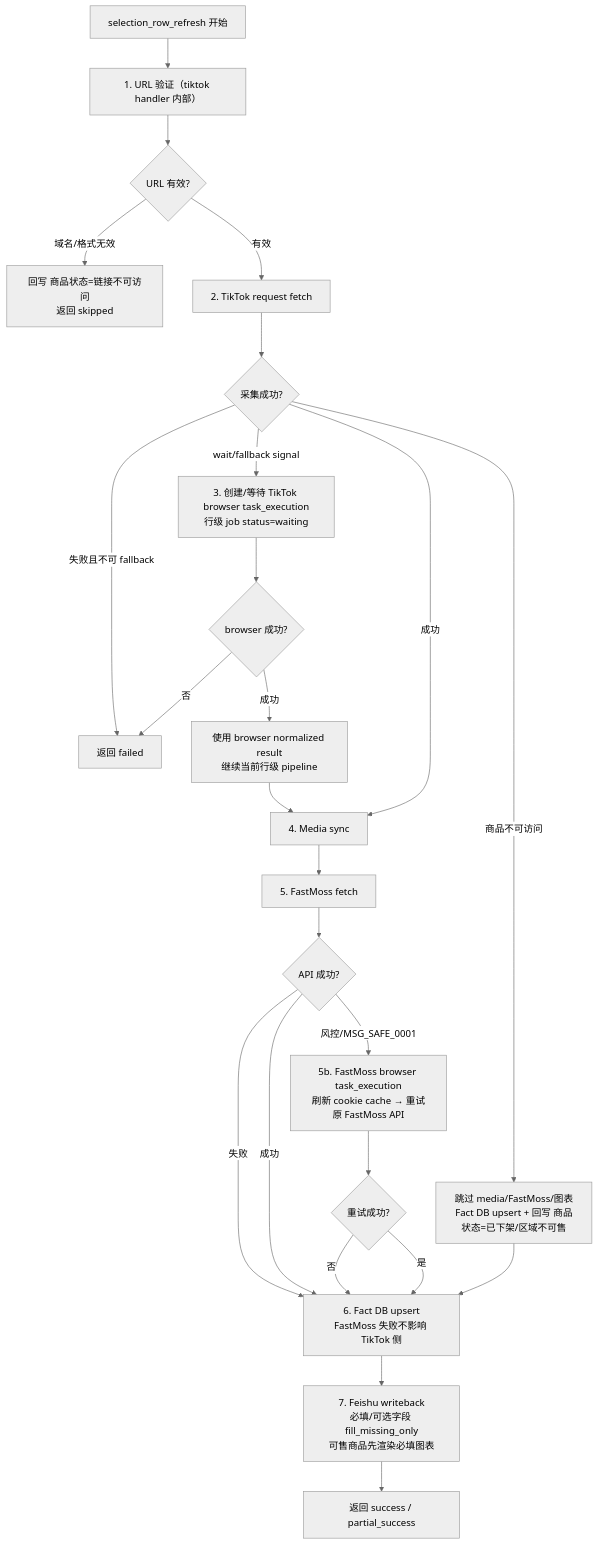
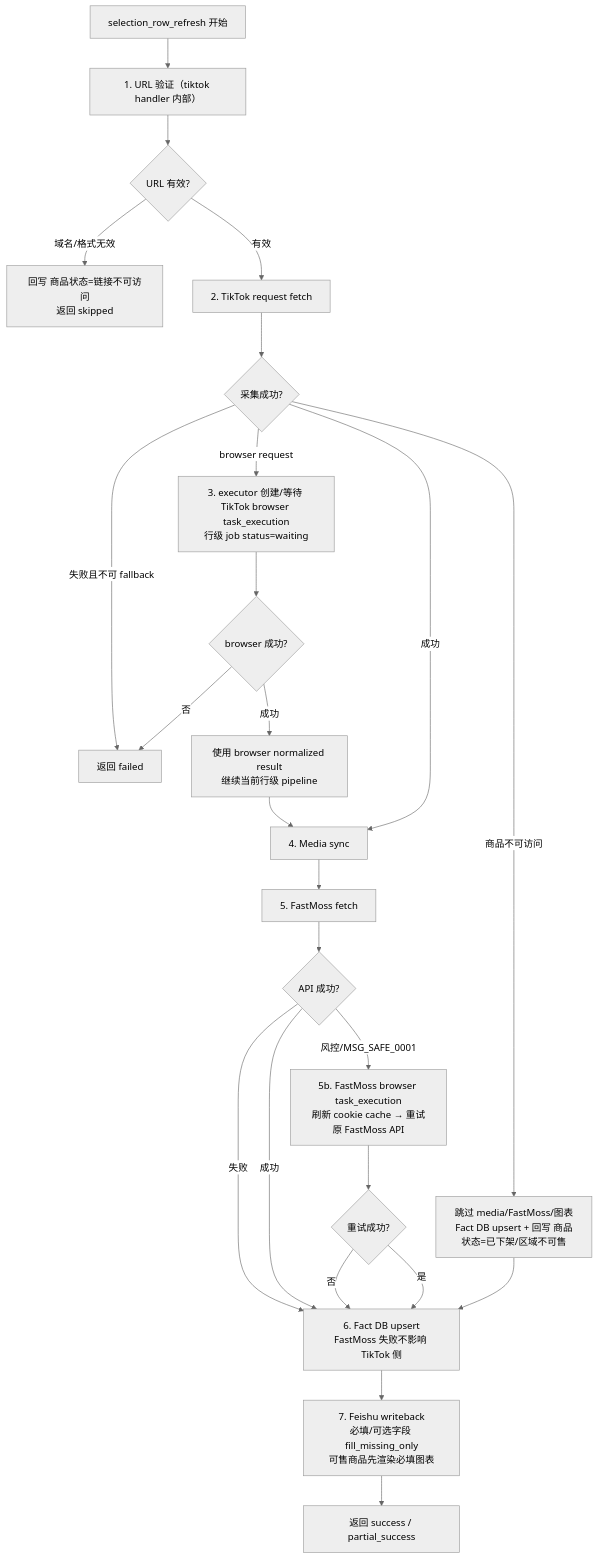
One commit to knighterrantsky/mujitask changed the second of 5 diagrams in docs/arch/workflow-selection-table-design.md. Above: the diagram before and after it, drawn with Mermaid (neutral theme). The commit also changed other lines of this file and 12 other files, not shown here.

````diff
--- a/docs/arch/workflow-selection-table-design.md
+++ b/docs/arch/workflow-selection-table-design.md
@@ -67,27 +67,27 @@
 ```mermaid
 flowchart TD
     A["selection_row_refresh 开始"] --> B["1. URL 验证（tiktok handler 内部）"]
     B --> B1{"URL 有效?"}
     B1 -->|域名/格式无效| B2["回写 商品状态=链接不可访问<br/>返回 skipped"]
     B1 -->|有效| C["2. TikTok request fetch"]
     C --> C1{"采集成功?"}
-    C1 -->|wait/fallback signal| D["3. 创建/等待 TikTok browser task_execution<br/>行级 job status=waiting"]
+    C1 -->|browser request| D["3. executor 创建/等待 TikTok browser task_execution<br/>行级 job status=waiting"]
     D --> D1{"browser 成功?"}
     D1 -->|否| D2["返回 failed"]
     C1 -->|失败且不可 fallback| D2
     C1 -->|成功| E["4. Media sync"]
     D1 -->|成功| D3["使用 browser normalized result<br/>继续当前行级 pipeline"]
     D3 --> E
     C1 -->|商品不可访问| C2["跳过 media/FastMoss/图表<br/>Fact DB upsert + 回写 商品状态=已下架/区域不可售"]
     C2 --> G
     E --> F["5. FastMoss fetch"]
     F --> F1{"API 成功?"}
     F1 -->|风控/MSG_SAFE_0001| F2["5b. FastMoss browser task_execution<br/>刷新 cookie cache → 重试原 FastMoss API"]
     F2 --> F3{"重试成功?"}
     F3 -->|是| G
     F3 -->|否| G["6. Fact DB upsert<br/>FastMoss 失败不影响 TikTok 侧"]
     F1 -->|成功| G
     F1 -->|失败| G
     G --> H["7. Feishu writeback<br/>必填/可选字段 fill_missing_only<br/>可售商品先渲染必填图表"]
     H --> I["返回 success / partial_success"]
 ```
````
